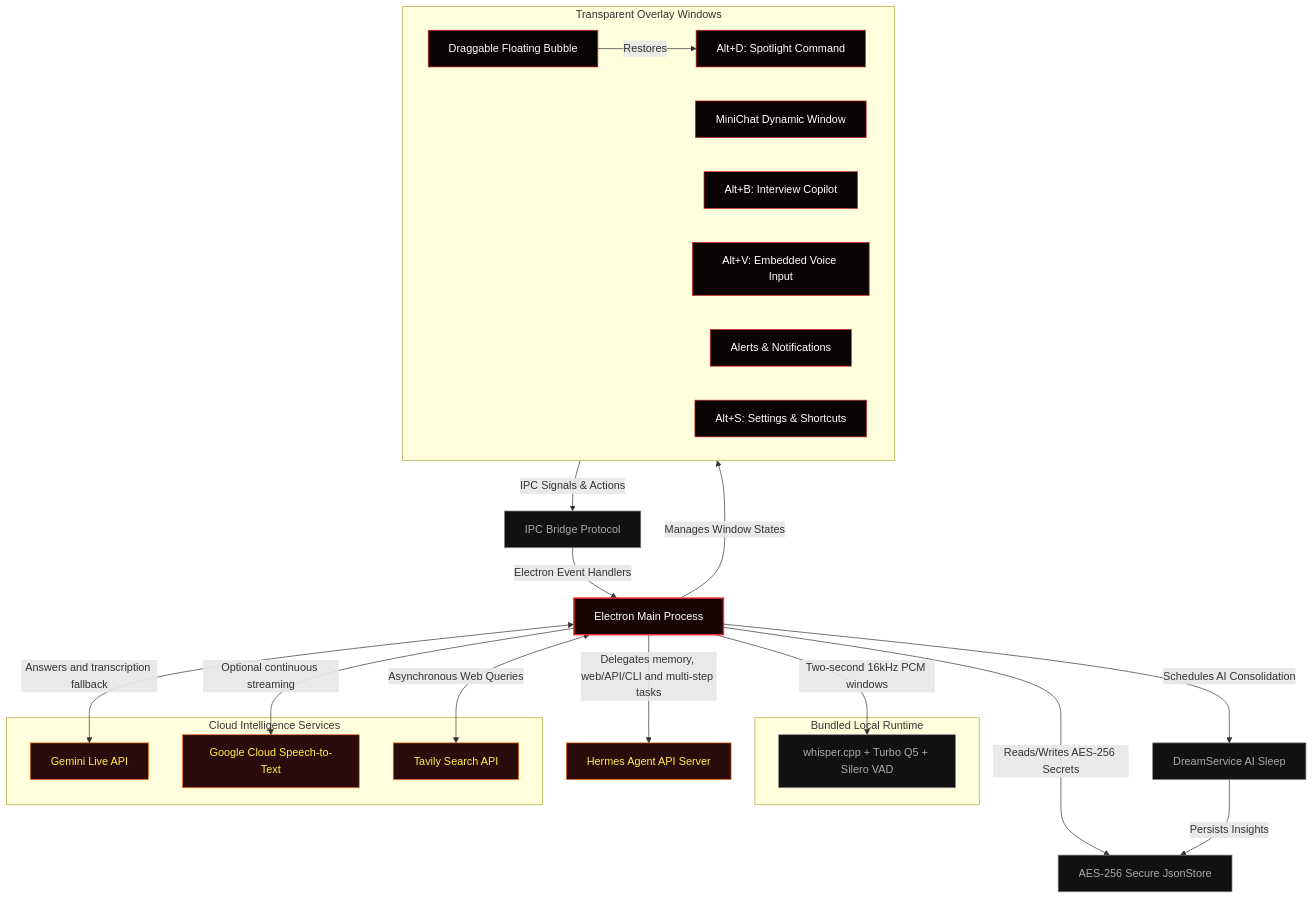
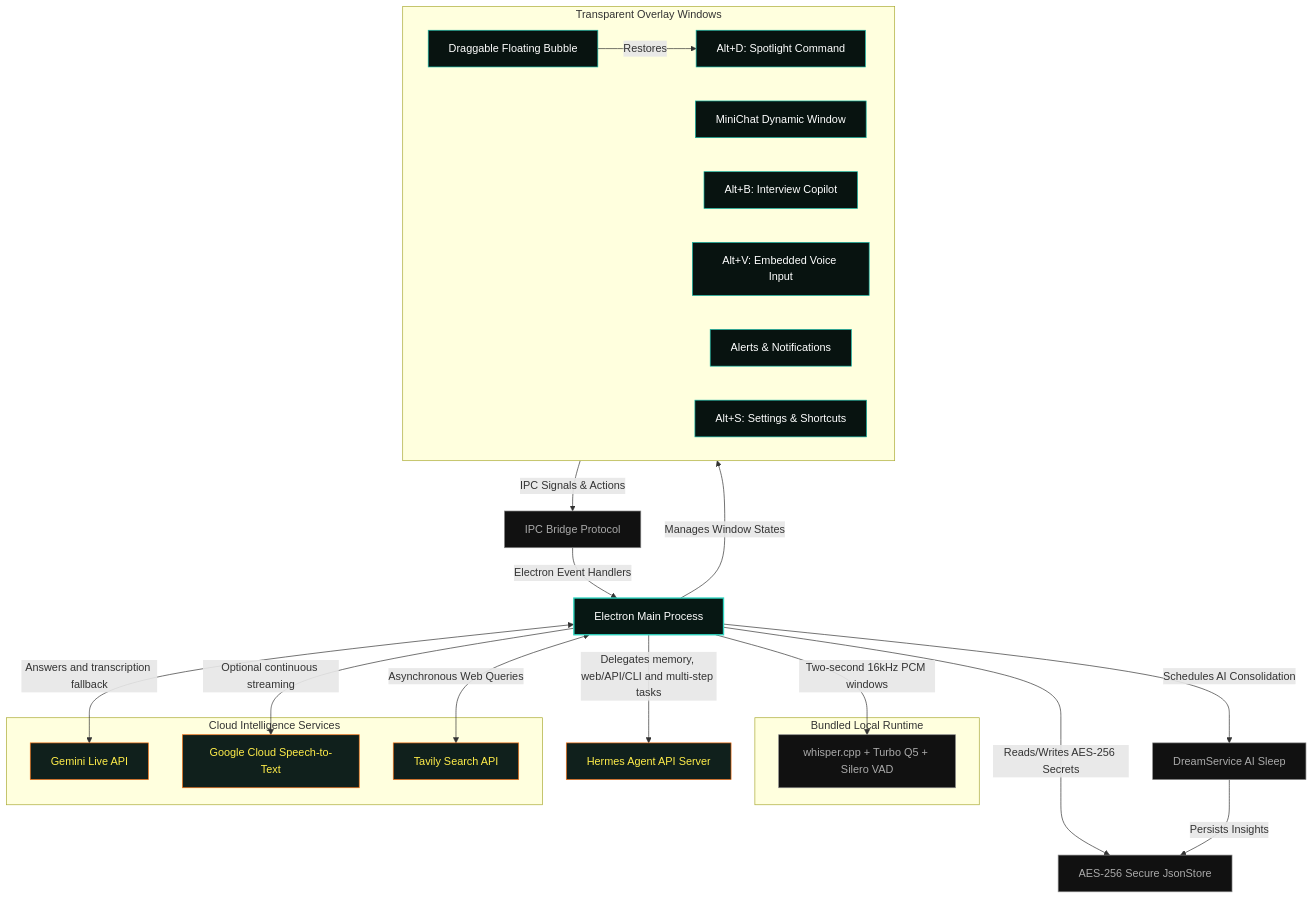
The diagram in README.md (fbsis/hades-agent), drawn with Mermaid before and after one commit. The commit also changed other lines of this file and 63 other files, not shown here.

````diff
--- a/README.md
+++ b/README.md
@@ -196,48 +192,48 @@
 ```mermaid
 graph TD
-    classDef main fill:#1a0505,stroke:#ff2a2a,stroke-width:2px,color:#fff;
-    classDef float fill:#0a0303,stroke:#dc2626,stroke-width:1px,color:#fff;
+    classDef main fill:#071713,stroke:#2dd4bf,stroke-width:2px,color:#fff;
+    classDef float fill:#081310,stroke:#14b8a6,stroke-width:1px,color:#fff;
     classDef service fill:#111,stroke:#888,stroke-width:1px,color:#aaa;
-    classDef external fill:#2b0c0c,stroke:#f97316,stroke-width:1px,color:#ffed4a;
+    classDef external fill:#10201c,stroke:#f97316,stroke-width:1px,color:#ffed4a;
 
     Main[Electron Main Process]:::main
     
     subgraph UI_Layers [Transparent Overlay Windows]
         CommandBar[Alt+D: Spotlight Command]:::float
         MiniChat[MiniChat Dynamic Window]:::float
         Susurro[Alt+B: Interview Copilot]:::float
         Voice[Alt+V: Embedded Voice Input]:::float
         Bubble[Draggable Floating Bubble]:::float
         Notification[Alerts & Notifications]:::float
         Settings[Alt+S: Settings & Shortcuts]:::float
     end
     
     SSoT[IPC Bridge Protocol]:::service
     Store[AES-256 Secure JsonStore]:::service
     Dream[DreamService AI Sleep]:::service
     Hermes[Hermes Agent API Server]:::external
     
     subgraph Local_AI [Bundled Local Runtime]
         Whisper[whisper.cpp + Turbo Q5 + Silero VAD]:::service
     end
 
     subgraph Cloud_APIs [Cloud Intelligence Services]
         Gemini[Gemini Live API]:::external
         Speech[Google Cloud Speech-to-Text]:::external
         Tavily[Tavily Search API]:::external
     end
 
     Main -->|Manages Window States| UI_Layers
     Bubble -->|Restores| CommandBar
     UI_Layers -->|IPC Signals & Actions| SSoT
     SSoT -->|Electron Event Handlers| Main
     Main -->|Reads/Writes AES-256 Secrets| Store
     Main -->|Schedules AI Consolidation| Dream
     Dream -->|Persists Insights| Store
     Main -->|Delegates memory, web/API/CLI and multi-step tasks| Hermes
     
     Main -->|Two-second 16kHz PCM windows| Whisper
     Main -->|Optional continuous streaming| Speech
     Main <-->|Answers and transcription fallback| Gemini
     Main <-->|Asynchronous Web Queries| Tavily
 ```
````
